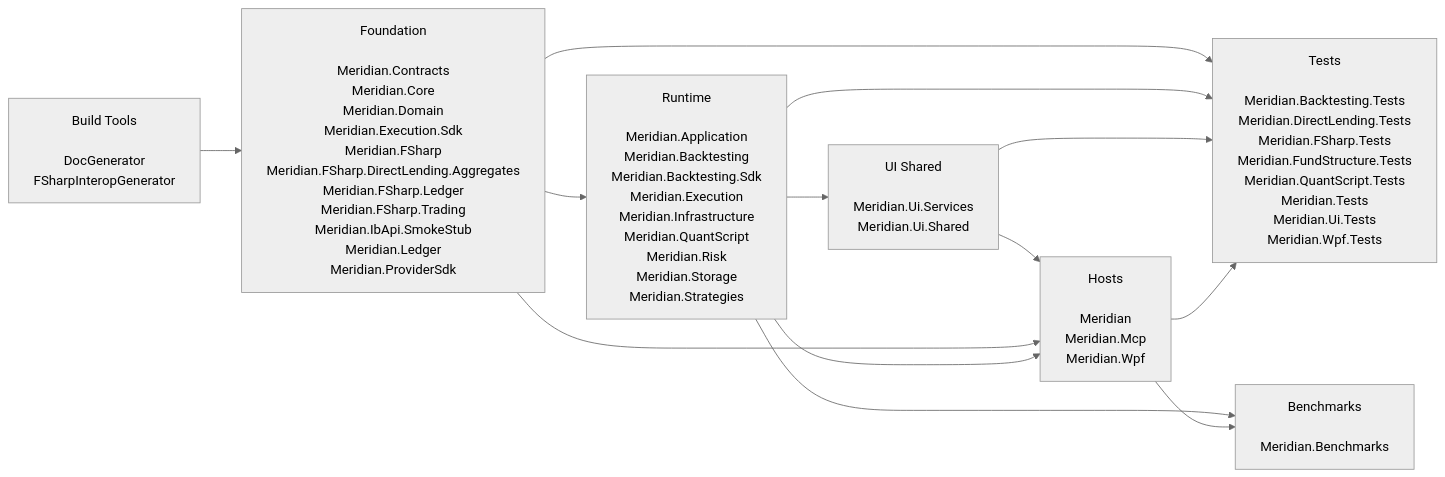
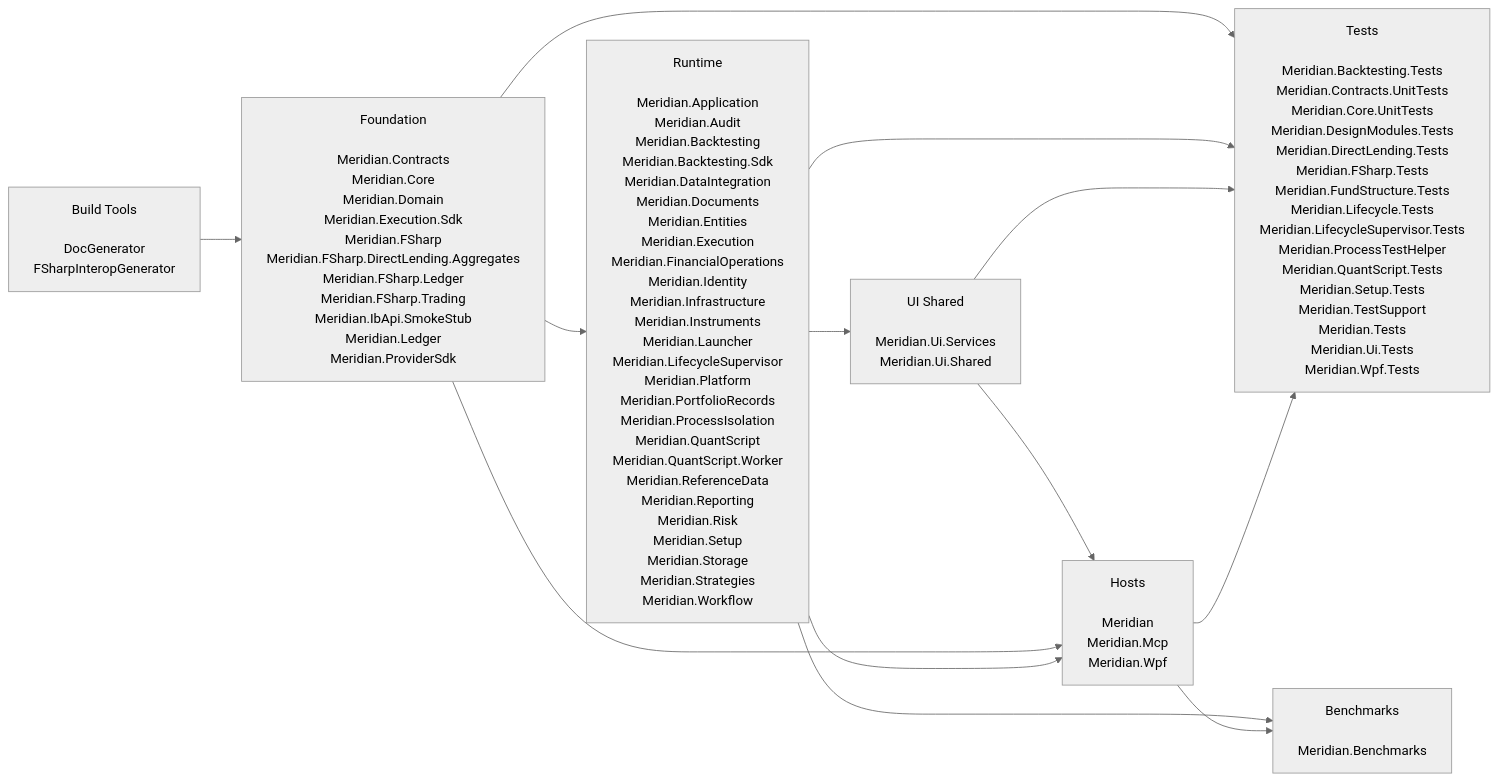
The first of 3 diagrams in docs/generated/project-dependencies.md (rodoHasArrived/Meridian-main), drawn with Mermaid (neutral theme) before and after one commit. The commit also changed other lines of this file and 1 other file, not shown here.

Commit message:
Regenerate structure and dependency indexes after cleanup

````diff
--- a/docs/generated/project-dependencies.md
+++ b/docs/generated/project-dependencies.md
@@ -23,22 +23,22 @@
 ```mermaid
 flowchart LR
     BuildTools["Build Tools<br/><br/>DocGenerator<br/>FSharpInteropGenerator"]
     Foundation["Foundation<br/><br/>Meridian.Contracts<br/>Meridian.Core<br/>Meridian.Domain<br/>Meridian.Execution.Sdk<br/>Meridian.FSharp<br/>Meridian.FSharp.DirectLending.Aggregates<br/>Meridian.FSharp.Ledger<br/>Meridian.FSharp.Trading<br/>Meridian.IbApi.SmokeStub<br/>Meridian.Ledger<br/>Meridian.ProviderSdk"]
-    Runtime["Runtime<br/><br/>Meridian.Application<br/>Meridian.Backtesting<br/>Meridian.Backtesting.Sdk<br/>Meridian.Execution<br/>Meridian.Infrastructure<br/>Meridian.QuantScript<br/>Meridian.Risk<br/>Meridian.Storage<br/>Meridian.Strategies"]
+    Runtime["Runtime<br/><br/>Meridian.Application<br/>Meridian.Audit<br/>Meridian.Backtesting<br/>Meridian.Backtesting.Sdk<br/>Meridian.DataIntegration<br/>Meridian.Documents<br/>Meridian.Entities<br/>Meridian.Execution<br/>Meridian.FinancialOperations<br/>Meridian.Identity<br/>Meridian.Infrastructure<br/>Meridian.Instruments<br/>Meridian.Launcher<br/>Meridian.LifecycleSupervisor<br/>Meridian.Platform<br/>Meridian.PortfolioRecords<br/>Meridian.ProcessIsolation<br/>Meridian.QuantScript<br/>Meridian.QuantScript.Worker<br/>Meridian.ReferenceData<br/>Meridian.Reporting<br/>Meridian.Risk<br/>Meridian.Setup<br/>Meridian.Storage<br/>Meridian.Strategies<br/>Meridian.Workflow"]
     UIShared["UI Shared<br/><br/>Meridian.Ui.Services<br/>Meridian.Ui.Shared"]
     Hosts["Hosts<br/><br/>Meridian<br/>Meridian.Mcp<br/>Meridian.Wpf"]
     Benchmarks["Benchmarks<br/><br/>Meridian.Benchmarks"]
-    Tests["Tests<br/><br/>Meridian.Backtesting.Tests<br/>Meridian.DirectLending.Tests<br/>Meridian.FSharp.Tests<br/>Meridian.FundStructure.Tests<br/>Meridian.QuantScript.Tests<br/>Meridian.Tests<br/>Meridian.Ui.Tests<br/>Meridian.Wpf.Tests"]
+    Tests["Tests<br/><br/>Meridian.Backtesting.Tests<br/>Meridian.Contracts.UnitTests<br/>Meridian.Core.UnitTests<br/>Meridian.DesignModules.Tests<br/>Meridian.DirectLending.Tests<br/>Meridian.FSharp.Tests<br/>Meridian.FundStructure.Tests<br/>Meridian.Lifecycle.Tests<br/>Meridian.LifecycleSupervisor.Tests<br/>Meridian.ProcessTestHelper<br/>Meridian.QuantScript.Tests<br/>Meridian.Setup.Tests<br/>Meridian.TestSupport<br/>Meridian.Tests<br/>Meridian.Ui.Tests<br/>Meridian.Wpf.Tests"]
     BuildTools --> Foundation
     Foundation --> Runtime
     Runtime --> UIShared
     UIShared --> Hosts
     Foundation --> Hosts
     Runtime --> Hosts
     Foundation --> Tests
     Runtime --> Tests
     UIShared --> Tests
     Hosts --> Tests
     Runtime --> Benchmarks
     Hosts --> Benchmarks
 ```
````
